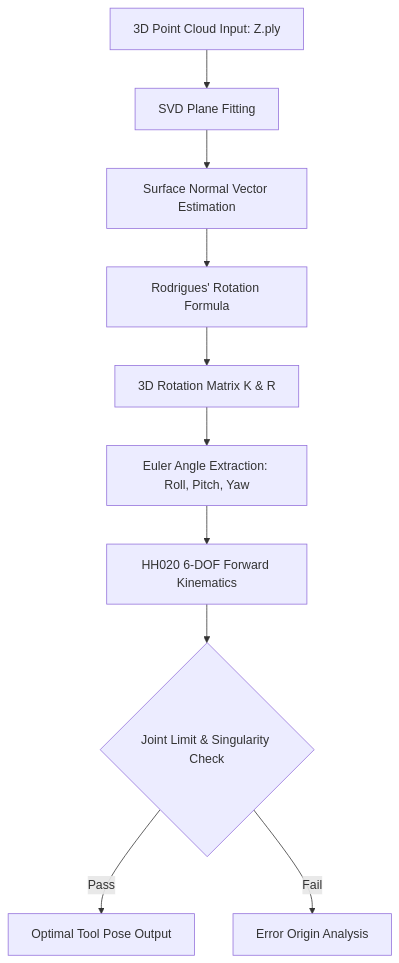
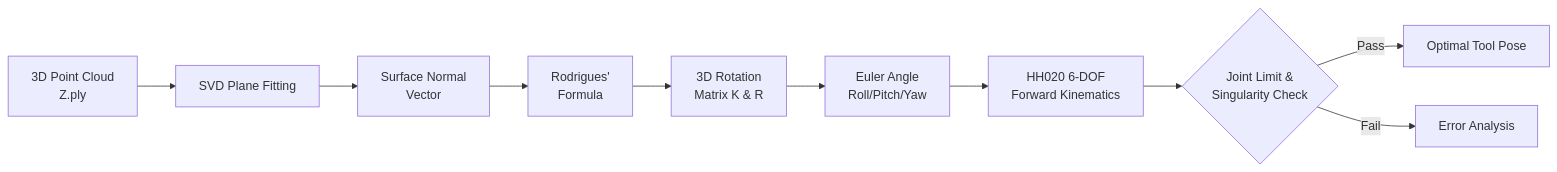
One commit to ben020410/bin_picking changed the diagram in README.md. Above: the diagram before and after it, drawn with Mermaid.

Commit message:
Change flowchart orientation and labels in README
Updated the flowchart to use left-to-right orientation and improved labeling.

````diff
--- a/README.md
+++ b/README.md
@@ -62,14 +62,12 @@
 ```mermaid
-graph TD
-    A[3D Point Cloud Input: Z.ply] --> B[SVD Plane Fitting]
-    B --> C[Surface Normal Vector Estimation]
-    
-    C --> D[Rodrigues' Rotation Formula]
-    D --> E[3D Rotation Matrix K & R]
-    E --> F[Euler Angle Extraction: Roll, Pitch, Yaw]
-    
-    F --> G[HH020 6-DOF Forward Kinematics]
-    G --> H{Joint Limit & Singularity Check}
-    H -- Pass --> I[Optimal Tool Pose Output]
-    H -- Fail --> J[Error Origin Analysis]
+graph LR
+    A[3D Point Cloud<br>Z.ply] --> B[SVD Plane Fitting]
+    B --> C[Surface Normal<br>Vector]
+    C --> D[Rodrigues'<br>Formula]
+    D --> E[3D Rotation<br>Matrix K & R]
+    E --> F[Euler Angle<br>Roll/Pitch/Yaw]
+    F --> G[HH020 6-DOF<br>Forward Kinematics]
+    G --> H{Joint Limit &<br>Singularity Check}
+    H -- Pass --> I[Optimal Tool Pose]
+    H -- Fail --> J[Error Analysis]
 ```
````
